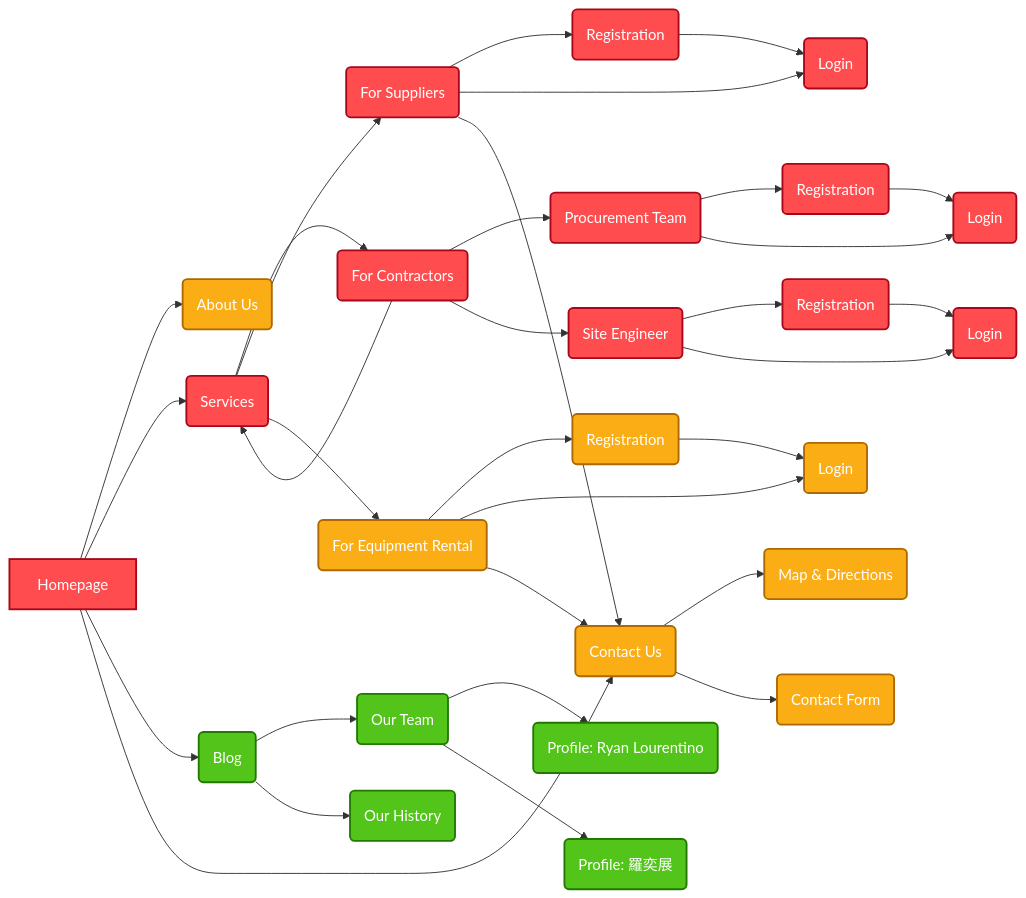
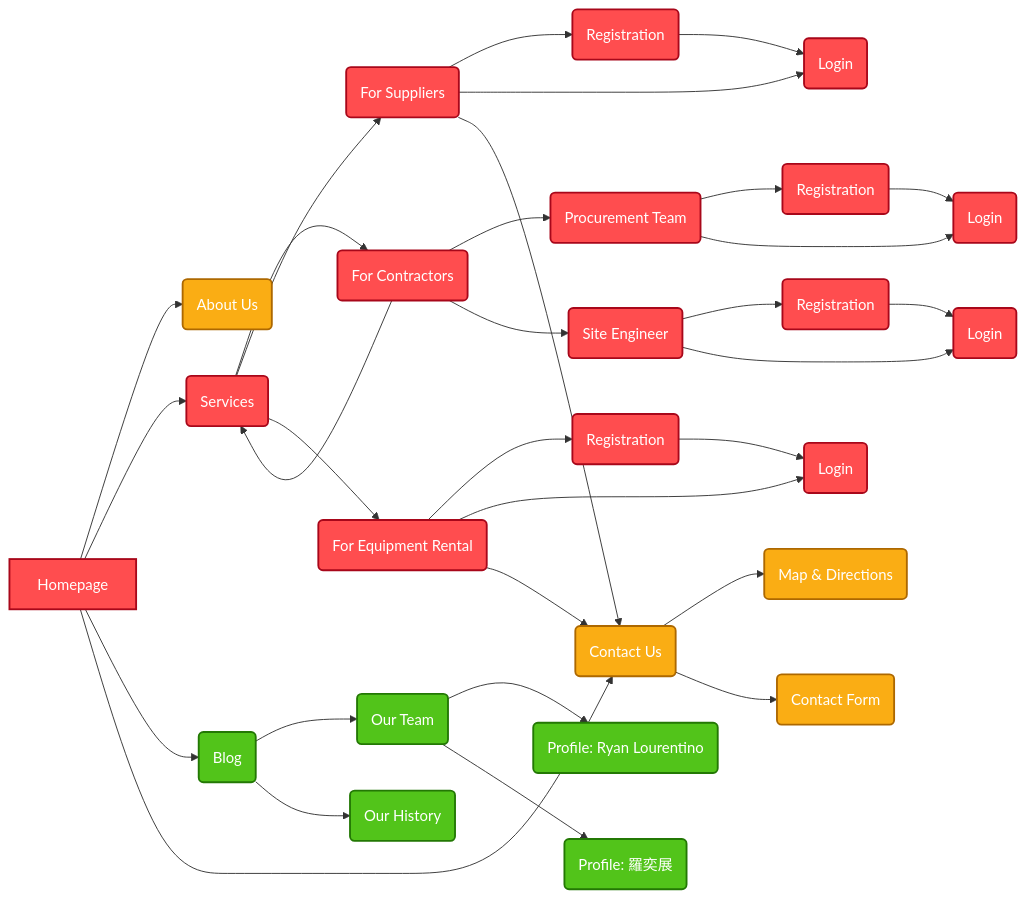
One commit to ryanlourentino/project-flow changed the diagram in README.md. Above: the diagram before and after it, drawn with Mermaid.

Commit message:
edit priority 1th

````diff
--- a/README.md
+++ b/README.md
@@ -19,53 +19,53 @@
 ```mermaid 
 graph LR
 
 	classDef high fill:#ff4d4f,stroke:#a8071a,stroke-width:2px,color:#ffffff;
 	classDef medium fill:#faad14,stroke:#ad6800,stroke-width:2px,color:#ffffff;
 	classDef low fill:#52c41a,stroke:#237804,stroke-width:2px,color:#ffffff;
 
 
 	A[Homepage] --> B(About Us)
 	A --> E(Services)
 	A --> C(Blog)
 	A --> D(Contact Us)
 
 	C --> C1(Our Team)
 	C --> C2(Our History)
 
 	C1 --> CA1(Profile: Ryan Lourentino)
 	C1 --> CA2(Profile: 羅奕展)
 
 	E --> Co1(For Contractors)
 	E --> Sup1(For Suppliers)
 	E --> ER1(For Equipment Rental)
 
 	Co1 --> Pro1(Procurement Team)
 	Co1 --> SE1(Site Engineer)
 	Co1 --> E
 
 	Pro1 --> Pro2(Registration)
 	Pro1 --> Pro3(Login)
 	Pro2 --> Pro3
 
 	SE1 --> SE2(Registration)
 	SE1 --> SE3(Login)
 	SE2 --> SE3
 
 	Sup1 --> Sup2(Registration)
 	Sup1 --> Sup3(Login)
 	Sup2 --> Sup3
 	Sup1 --> D
 
 	ER1 --> ER2(Registration)
 	ER1 --> ER3(Login)
 	ER2 --> ER3
 	ER1 --> D
 
 	D --> D1(Map & Directions)
 	D --> D2(Contact Form)
 
 	%%DefPriority
-	class A,E,Co1,Sup1,Pro1,Pro2,Pro3,SE1,SE2,SE3,Sup2,Sup3 high;
-	class B,ER1,ER2,ER3,D,D1,D2 medium;
+	class A,E,Co1,Sup1,Pro1,Pro2,Pro3,SE1,SE2,SE3,Sup2,Sup3,ER1,ER2,ER3 high;
+	class B,D,D1,D2 medium;
 	class C,C1,C2,CA1,CA2 low;
 ```
````
